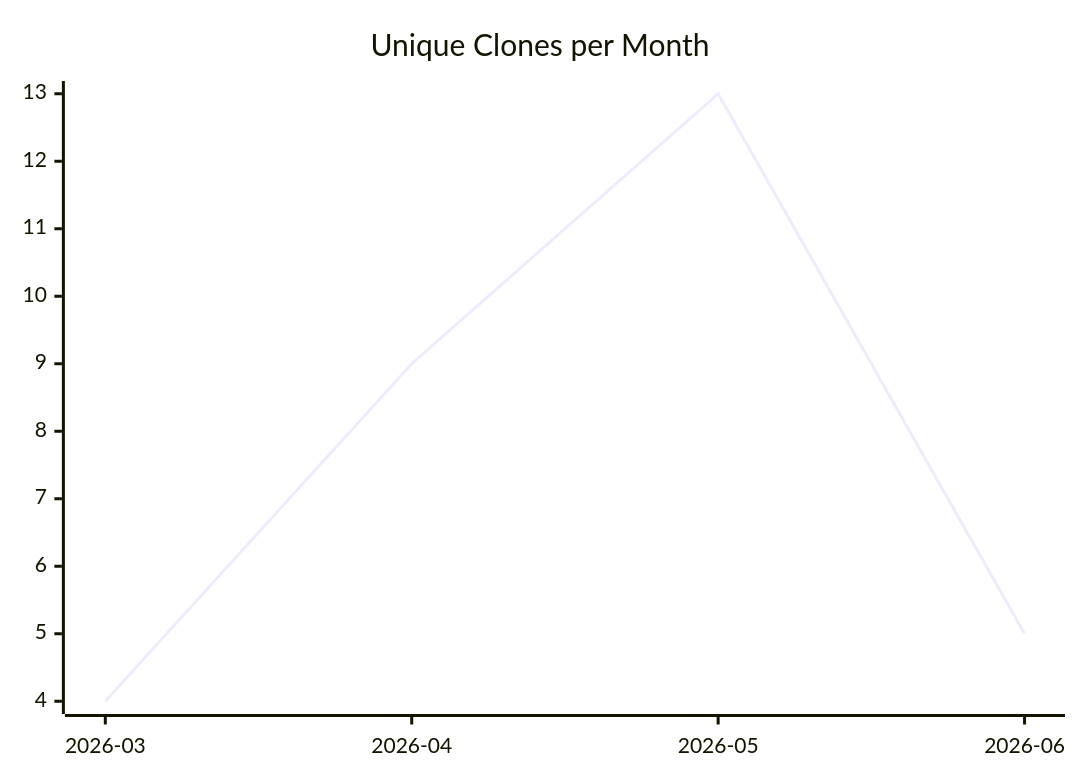
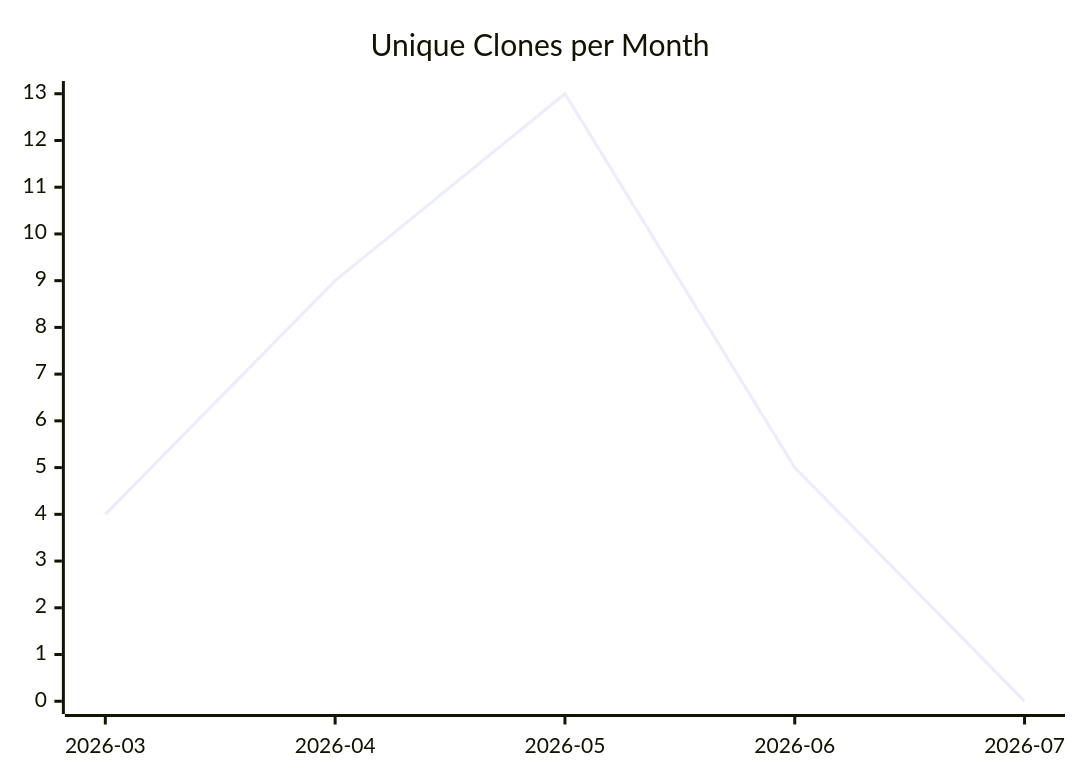
Before and after one commit to justdavis-family/github-analytics-data: the third of 3 diagrams in karlmdavis/justdavis-puppet/README.md, drawn with Mermaid. The commit also changed other lines of this file and 199 other files, not shown here.

````diff
--- a/karlmdavis/justdavis-puppet/README.md
+++ b/karlmdavis/justdavis-puppet/README.md
@@ -19,6 +19,6 @@
 ```mermaid
 xychart-beta
   title "Unique Clones per Month"
-  x-axis ["2026-03", "2026-04", "2026-05", "2026-06"]
-  line [4, 9, 13, 5]
+  x-axis ["2026-03", "2026-04", "2026-05", "2026-06", "2026-07"]
+  line [4, 9, 13, 5, 0]
 ```
````
